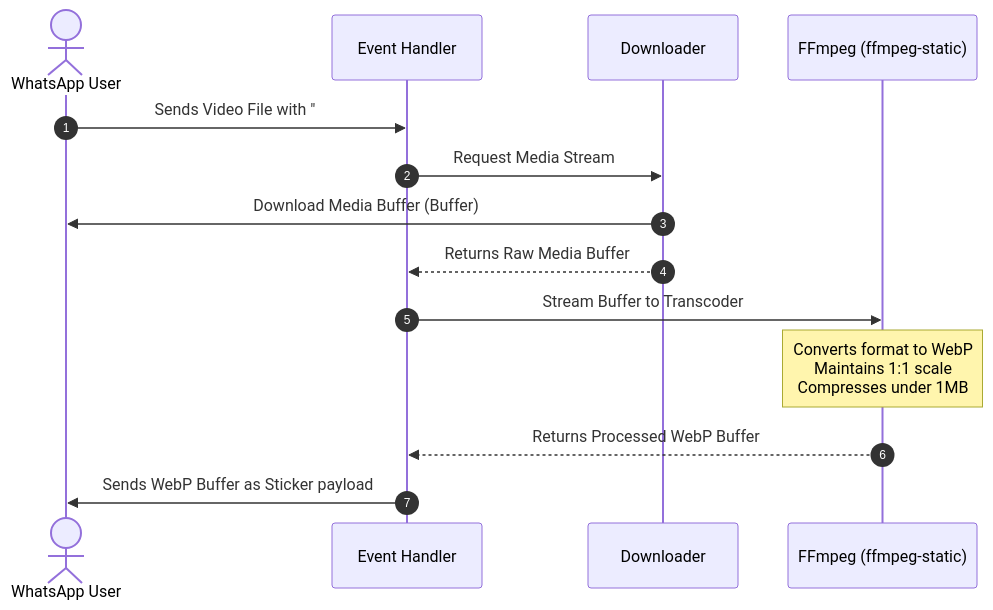
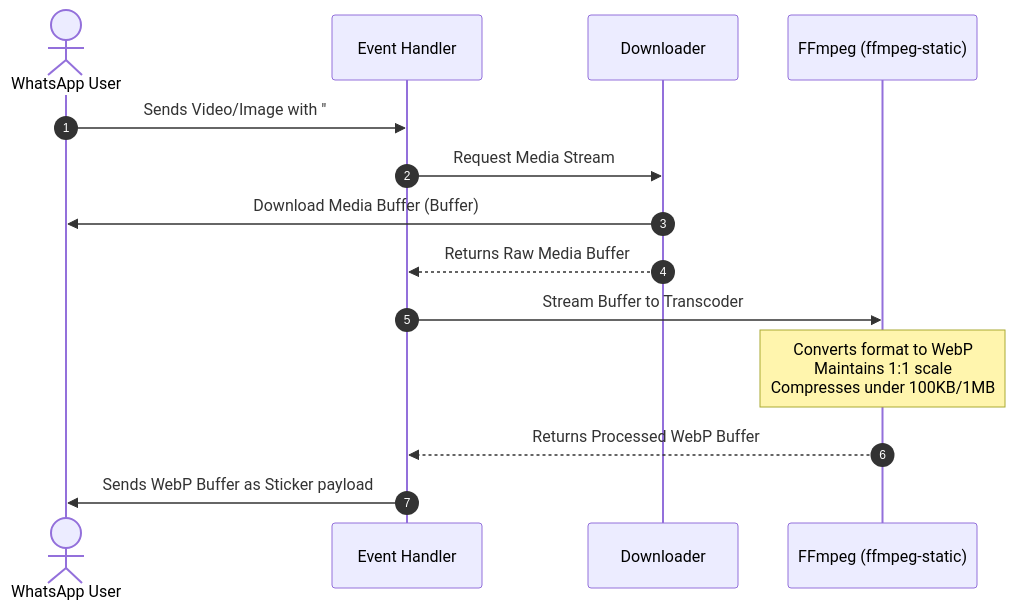
One commit to akshatdhaundiyal/StickerWhatsAppBOT changed the second of 2 diagrams in docs/architecture.md. Above: the diagram before and after it, drawn with Mermaid. The commit also changed other lines of this file and 5 other files, not shown here.

Commit message:
feat: add Docker configuration and project architecture documentation for dual-mode support and reliability upgrades

````diff
--- a/docs/architecture.md
+++ b/docs/architecture.md
@@ -68,17 +86,17 @@
 ```mermaid
 sequenceDiagram
     autonumber
     actor User as WhatsApp User
     participant Bot as Event Handler
     participant DL as Downloader
     participant FF as FFmpeg (ffmpeg-static)
     
-    User->>Bot: Sends Video File with "#sticker"
+    User->>Bot: Sends Video/Image with "#sticker"
     Bot->>DL: Request Media Stream
     DL->>User: Download Media Buffer (Buffer)
     DL-->>Bot: Returns Raw Media Buffer
     Bot->>FF: Stream Buffer to Transcoder
-    Note over FF: Converts format to WebP<br/>Maintains 1:1 scale<br/>Compresses under 1MB
+    Note over FF: Converts format to WebP<br/>Maintains 1:1 scale<br/>Compresses under 100KB/1MB
     FF-->>Bot: Returns Processed WebP Buffer
     Bot->>User: Sends WebP Buffer as Sticker payload
 ```
````
